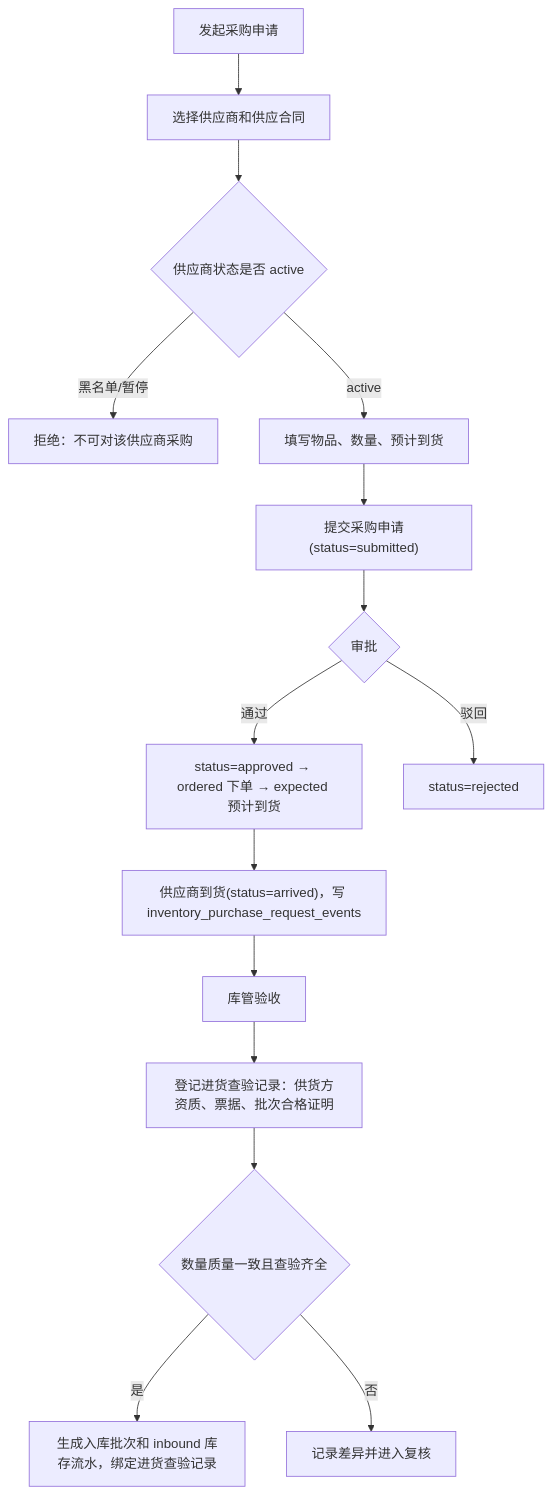
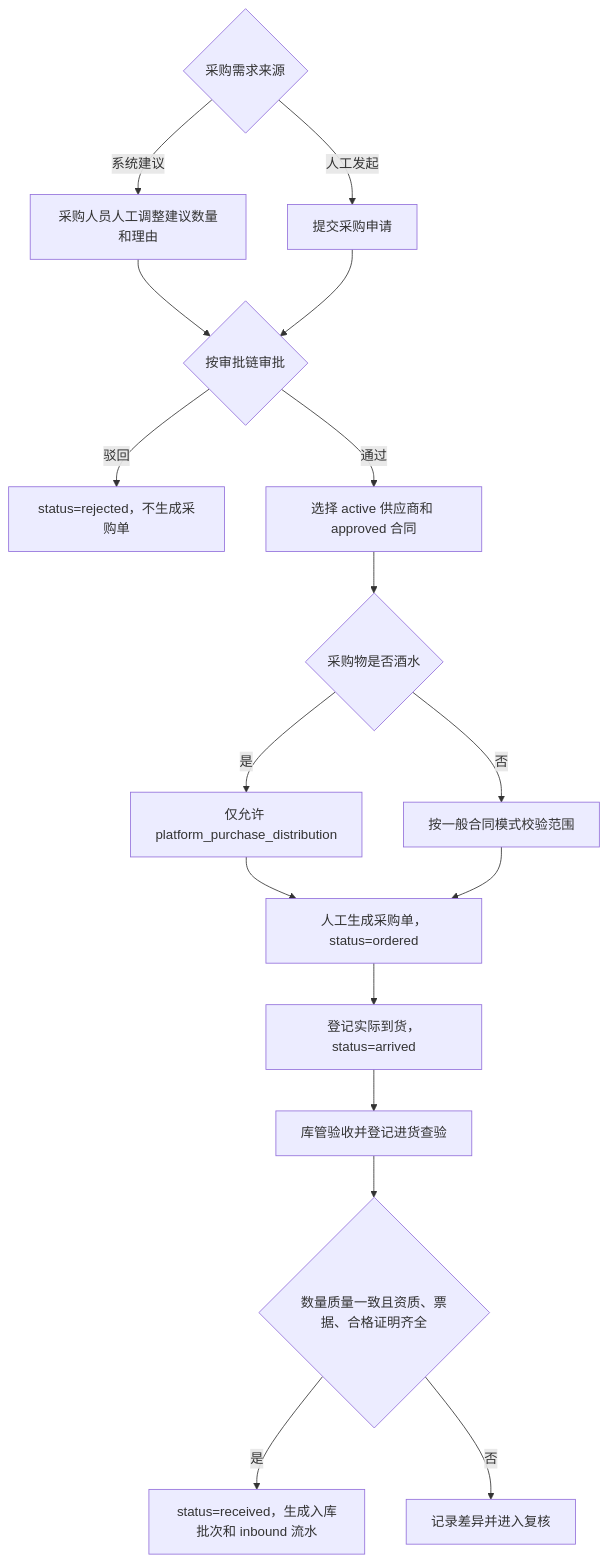
The first of 4 diagrams in docs/supply-chain-inventory-development-design-v0.1.md (jxh1979/mall), drawn with Mermaid before and after one commit. The commit also changed other lines of this file and 1 other file, not shown here.

````diff
--- a/docs/supply-chain-inventory-development-design-v0.1.md
+++ b/docs/supply-chain-inventory-development-design-v0.1.md
@@ -230,17 +234,20 @@
 ```mermaid
 flowchart TD
-  A["发起采购申请"] --> B["选择供应商和供应合同"]
-  B --> B1{"供应商状态是否 active"}
-  B1 -- 黑名单/暂停 --> B2["拒绝：不可对该供应商采购"]
-  B1 -- active --> C["填写物品、数量、预计到货"]
-  C --> C0["提交采购申请(status=submitted)"]
-  C0 --> D{"审批"}
-  D -- 通过 --> F["status=approved → ordered 下单 → expected 预计到货"]
-  D -- 驳回 --> DR["status=rejected"]
-  F --> G["供应商到货(status=arrived)，写 inventory_purchase_request_events"]
-  G --> H["库管验收"]
-  H --> H1["登记进货查验记录：供货方资质、票据、批次合格证明"]
-  H1 --> I{"数量质量一致且查验齐全"}
-  I -- 是 --> J["生成入库批次和 inbound 库存流水，绑定进货查验记录"]
-  I -- 否 --> K["记录差异并进入复核"]
+  A{"采购需求来源"}
+  A -- 系统建议 --> B["采购人员人工调整建议数量和理由"]
+  A -- 人工发起 --> B2["提交采购申请"]
+  B --> C{"按审批链审批"}
+  B2 --> C
+  C -- 驳回 --> R["status=rejected，不生成采购单"]
+  C -- 通过 --> D["选择 active 供应商和 approved 合同"]
+  D --> E{"采购物是否酒水"}
+  E -- 是 --> E1["仅允许 platform_purchase_distribution"]
+  E -- 否 --> F["按一般合同模式校验范围"]
+  E1 --> G["人工生成采购单，status=ordered"]
+  F --> G
+  G --> H["登记实际到货，status=arrived"]
+  H --> I["库管验收并登记进货查验"]
+  I --> J{"数量质量一致且资质、票据、合格证明齐全"}
+  J -- 是 --> K["status=received，生成入库批次和 inbound 流水"]
+  J -- 否 --> L["记录差异并进入复核"]
 ```
````
